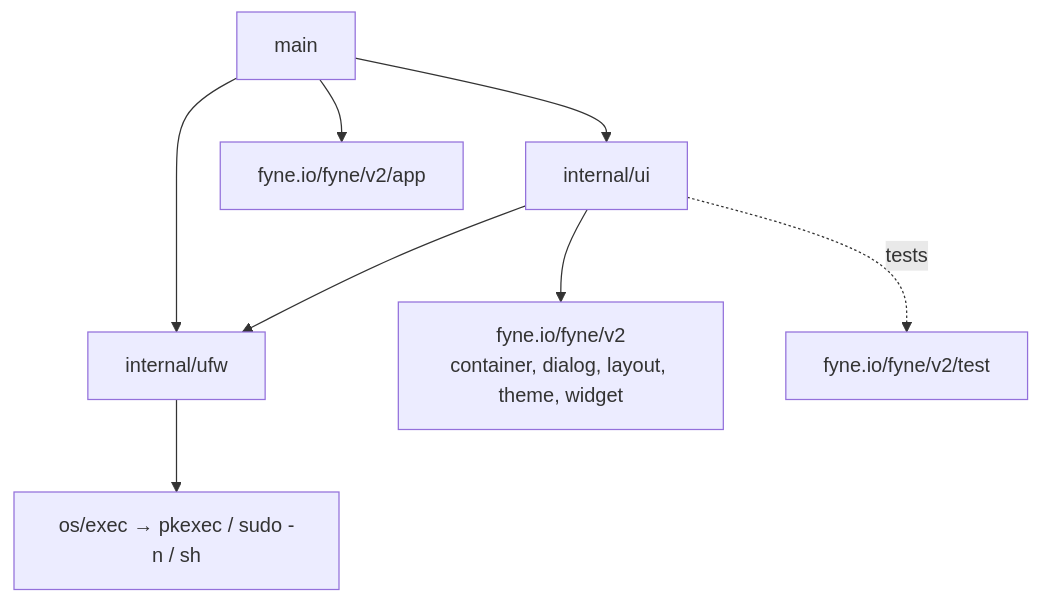
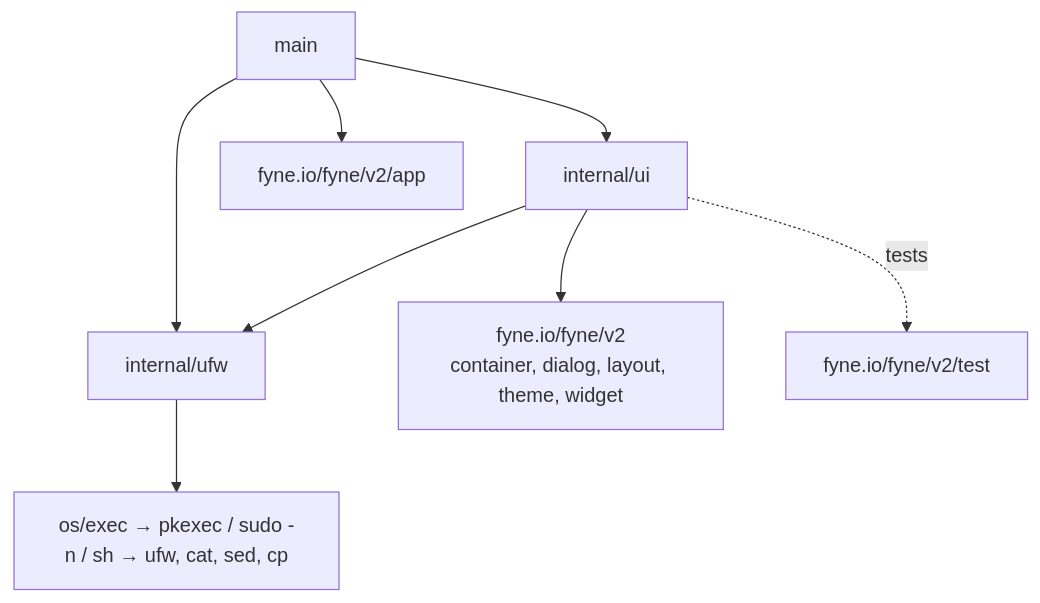
Before and after one commit to perthoyra/ufw_ui_claude: the diagram in CLAUDE.md, drawn with Mermaid. The commit also changed other lines of this file and 4 other files, not shown here.

````diff
--- a/CLAUDE.md
+++ b/CLAUDE.md
@@ -30,10 +30,10 @@
 ```mermaid
 graph TD
     A[main] --> B[internal/ui]
     A --> C[internal/ufw]
     A --> D[fyne.io/fyne/v2/app]
     B --> C
     B --> E[fyne.io/fyne/v2<br/>container, dialog, layout, theme, widget]
     B -. tests .-> F[fyne.io/fyne/v2/test]
-    C --> G[os/exec → pkexec / sudo -n / sh]
+    C --> G[os/exec → pkexec / sudo -n / sh → ufw, cat, sed, cp]
 ```
````
